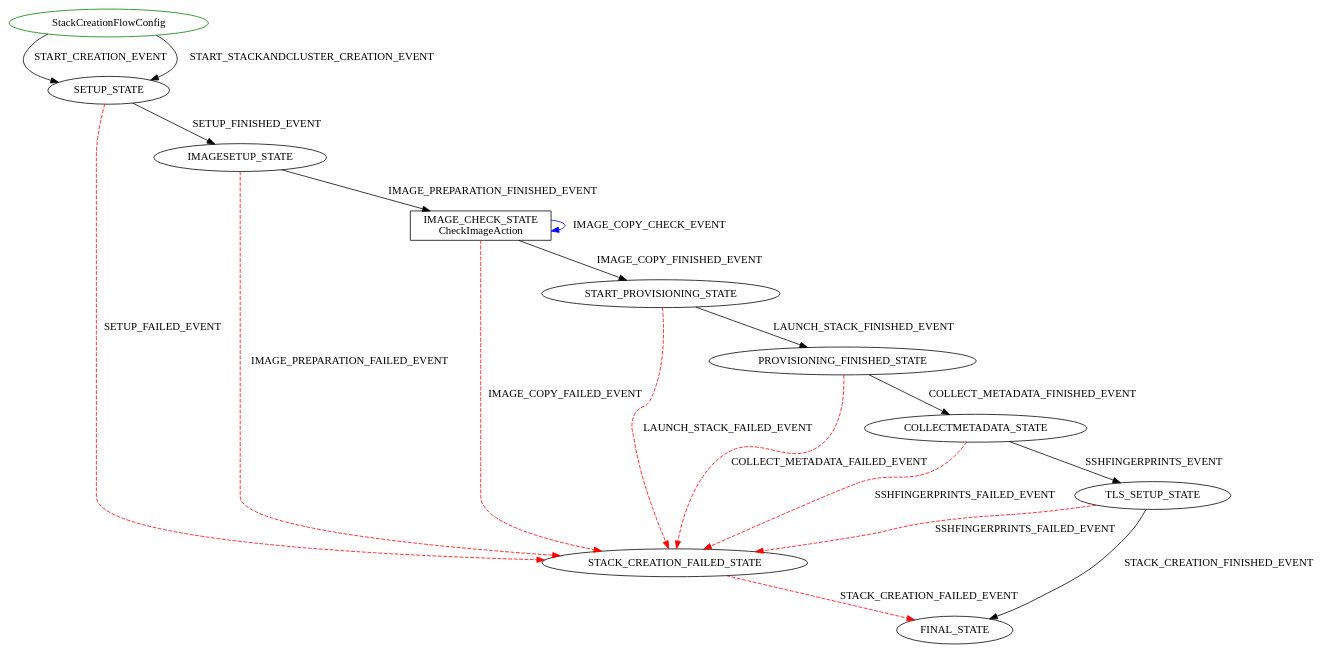
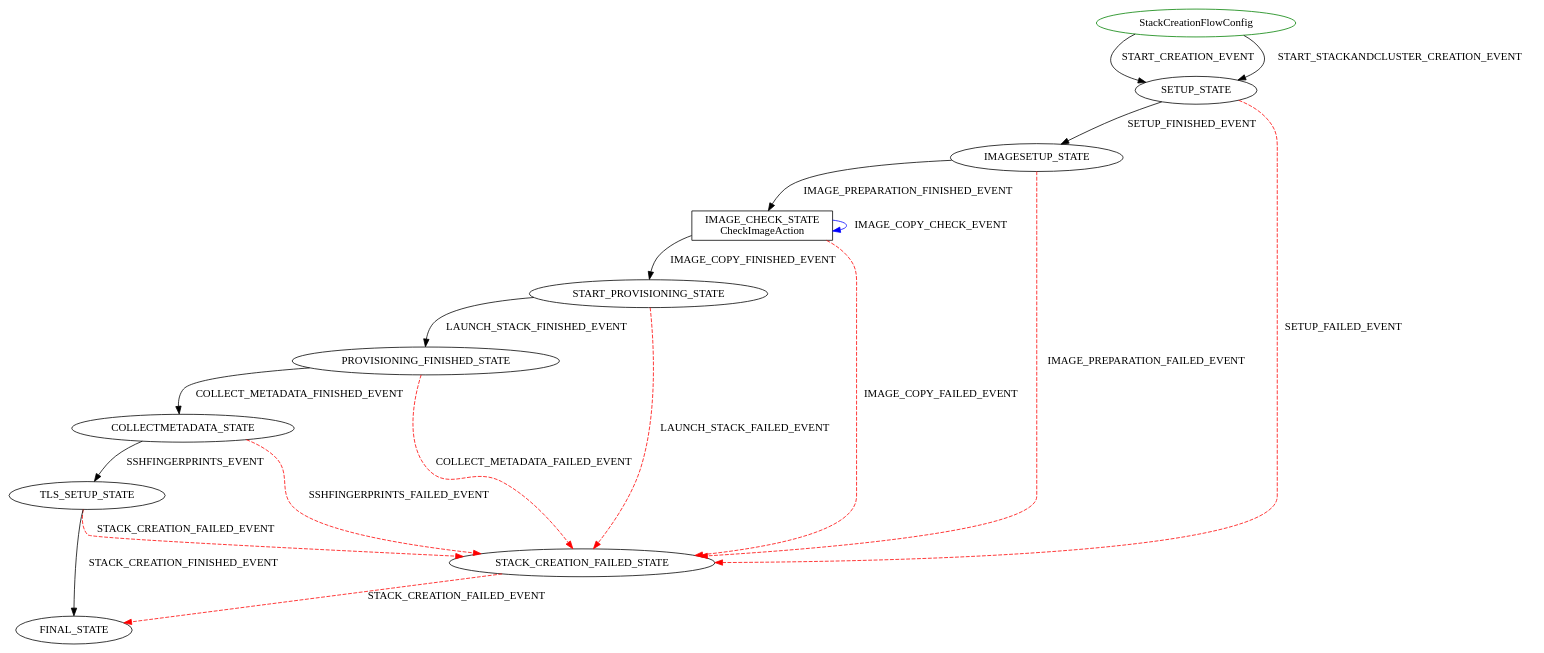
The diagram in docs/diagrams/StackCreationFlowConfig.dot (wprender/cloudbreak-docs), drawn with Graphviz before and after one commit. The commit also changed 10 other files, not shown here.

Commit message:
CLOUD-50456 Stack upscale/downscale with new flow engine, upscale

```diff
--- a/docs/diagrams/StackCreationFlowConfig.dot
+++ b/docs/diagrams/StackCreationFlowConfig.dot
@@ -1,22 +1,22 @@
 digraph {
 INIT_STATE [label="StackCreationFlowConfig" shape=ellipse color=green];
 INIT_STATE -> SETUP_STATE [label="START_CREATION_EVENT" color=black style=solid];
+INIT_STATE -> SETUP_STATE [label="START_STACKANDCLUSTER_CREATION_EVENT" color=black style=solid];
+SETUP_STATE -> IMAGESETUP_STATE [label="SETUP_FINISHED_EVENT" color=black style=solid];
 SETUP_STATE -> STACK_CREATION_FAILED_STATE [label="SETUP_FAILED_EVENT" color=red style=dashed];
 STACK_CREATION_FAILED_STATE -> FINAL_STATE [label="STACK_CREATION_FAILED_EVENT" color=red style=dashed];
-INIT_STATE -> SETUP_STATE [label="START_STACKANDCLUSTER_CREATION_EVENT" color=black style=solid];
-SETUP_STATE -> IMAGESETUP_STATE [label="SETUP_FINISHED_EVENT" color=black style=solid];
-IMAGESETUP_STATE -> STACK_CREATION_FAILED_STATE [label="IMAGE_PREPARATION_FAILED_EVENT" color=red style=dashed];
 IMAGE_CHECK_STATE [label="IMAGE_CHECK_STATE\nCheckImageAction" shape=rect color=black];
 IMAGESETUP_STATE -> IMAGE_CHECK_STATE [label="IMAGE_PREPARATION_FINISHED_EVENT" color=black style=solid];
+IMAGESETUP_STATE -> STACK_CREATION_FAILED_STATE [label="IMAGE_PREPARATION_FAILED_EVENT" color=red style=dashed];
+IMAGE_CHECK_STATE -> IMAGE_CHECK_STATE [label="IMAGE_COPY_CHECK_EVENT" color=blue style=solid];
 IMAGE_CHECK_STATE -> STACK_CREATION_FAILED_STATE [label="IMAGE_COPY_FAILED_EVENT" color=red style=dashed];
-IMAGE_CHECK_STATE -> IMAGE_CHECK_STATE [label="IMAGE_COPY_CHECK_EVENT" color=blue style=solid];
 IMAGE_CHECK_STATE -> START_PROVISIONING_STATE [label="IMAGE_COPY_FINISHED_EVENT" color=black style=solid];
+START_PROVISIONING_STATE -> PROVISIONING_FINISHED_STATE [label="LAUNCH_STACK_FINISHED_EVENT" color=black style=solid];
 START_PROVISIONING_STATE -> STACK_CREATION_FAILED_STATE [label="LAUNCH_STACK_FAILED_EVENT" color=red style=dashed];
-START_PROVISIONING_STATE -> PROVISIONING_FINISHED_STATE [label="LAUNCH_STACK_FINISHED_EVENT" color=black style=solid];
+PROVISIONING_FINISHED_STATE -> COLLECTMETADATA_STATE [label="COLLECT_METADATA_FINISHED_EVENT" color=black style=solid];
 PROVISIONING_FINISHED_STATE -> STACK_CREATION_FAILED_STATE [label="COLLECT_METADATA_FAILED_EVENT" color=red style=dashed];
-PROVISIONING_FINISHED_STATE -> COLLECTMETADATA_STATE [label="COLLECT_METADATA_FINISHED_EVENT" color=black style=solid];
+COLLECTMETADATA_STATE -> TLS_SETUP_STATE [label="SSHFINGERPRINTS_EVENT" color=black style=solid];
 COLLECTMETADATA_STATE -> STACK_CREATION_FAILED_STATE [label="SSHFINGERPRINTS_FAILED_EVENT" color=red style=dashed];
-COLLECTMETADATA_STATE -> TLS_SETUP_STATE [label="SSHFINGERPRINTS_EVENT" color=black style=solid];
-TLS_SETUP_STATE -> STACK_CREATION_FAILED_STATE [label="SSHFINGERPRINTS_FAILED_EVENT" color=red style=dashed];
 TLS_SETUP_STATE -> FINAL_STATE [label="STACK_CREATION_FINISHED_EVENT" color=black style=solid];
+TLS_SETUP_STATE -> STACK_CREATION_FAILED_STATE [label="STACK_CREATION_FAILED_EVENT" color=red style=dashed];
 }
```
